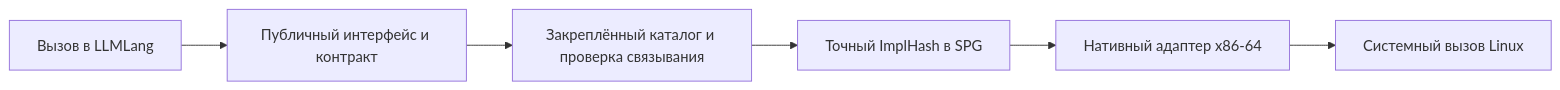
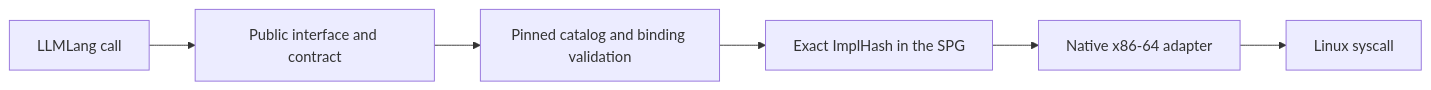
One commit to aivibeflow/LLMLang changed the fourth of 4 diagrams in PLAN.md. Above: the diagram before and after it, drawn with Mermaid. The commit also changed other lines of this file and 2 other files, not shown here.

Commit message:
Translate the development plan and add the glibc roadmap (#690)

````diff
--- a/PLAN.md
+++ b/PLAN.md
@@ -935,8 +974,8 @@
 ```mermaid
 flowchart LR
-    A["Вызов в LLMLang"] --> B["Публичный интерфейс и контракт"]
-    B --> C["Закреплённый каталог и проверка связывания"]
-    C --> D["Точный ImplHash в SPG"]
-    D --> E["Нативный адаптер x86-64"]
-    E --> F["Системный вызов Linux"]
+    A["LLMLang call"] --> B["Public interface and contract"]
+    B --> C["Pinned catalog and binding validation"]
+    C --> D["Exact ImplHash in the SPG"]
+    D --> E["Native x86-64 adapter"]
+    E --> F["Linux syscall"]
 ```
````
